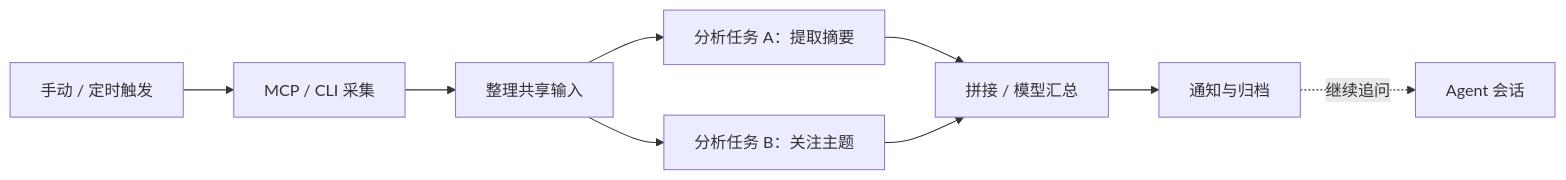
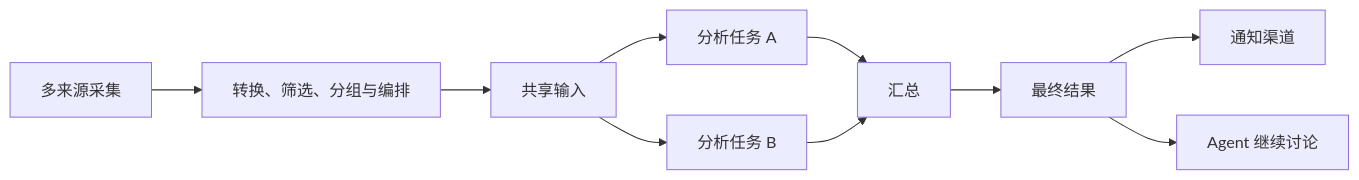
Before and after one commit to striiiiiing/WorkFLowWeave: the diagram in README.md, drawn with Mermaid. The commit also changed other lines of this file and 3 other files, not shown here.

````diff
--- a/README.md
+++ b/README.md
@@ -31,11 +33,12 @@
 ```mermaid
 flowchart LR
-    T[手动 / 定时触发] --> C[MCP / CLI 采集]
-    C --> I[整理共享输入]
-    I --> A[分析任务 A：提取摘要]
-    I --> B[分析任务 B：关注主题]
-    A --> G[拼接 / 模型汇总]
-    B --> G
-    G --> N[通知与归档]
-    N -. 继续追问 .-> D[Agent 会话]
+    A["多来源采集"] --> B["转换、筛选、分组与编排"]
+    B --> C[共享输入]
+    C --> D[分析任务 A]
+    C --> E[分析任务 B]
+    D --> F[汇总]
+    E --> F
+    F --> G[最终结果]
+    G --> H[通知渠道]
+    G --> I[Agent 继续讨论]
 ```
````
